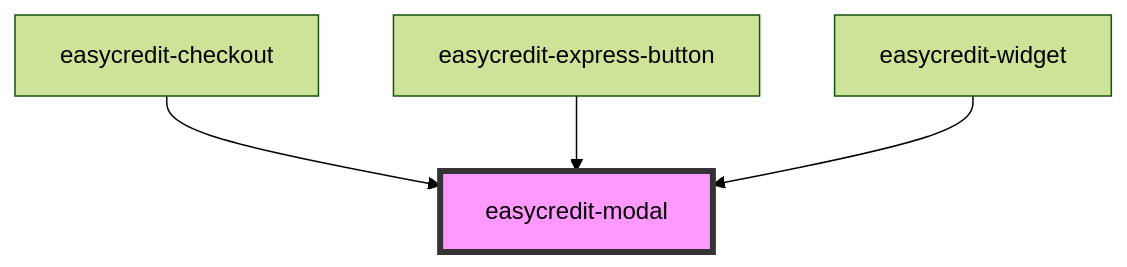
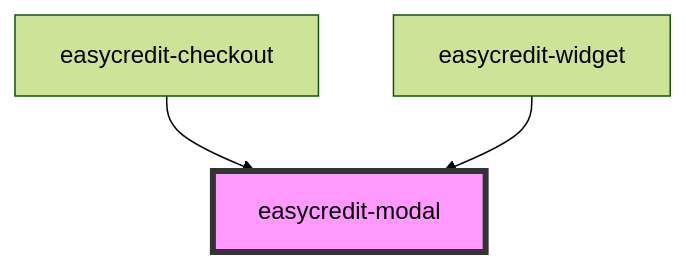
Before and after one commit to teambank/easycredit-webcomponents: the diagram in src/components/easycredit-modal/readme.md, drawn with Mermaid (forest theme). The commit also changed other lines of this file and 2 other files, not shown here.

Commit message:
add closeModal event to easycredit-checkout modal

````diff
--- a/src/components/easycredit-modal/readme.md
+++ b/src/components/easycredit-modal/readme.md
@@ -68,7 +67,6 @@
 ```mermaid
 graph TD;
   easycredit-checkout --> easycredit-modal
-  easycredit-express-button --> easycredit-modal
   easycredit-widget --> easycredit-modal
   style easycredit-modal fill:#f9f,stroke:#333,stroke-width:4px
 ```
````
